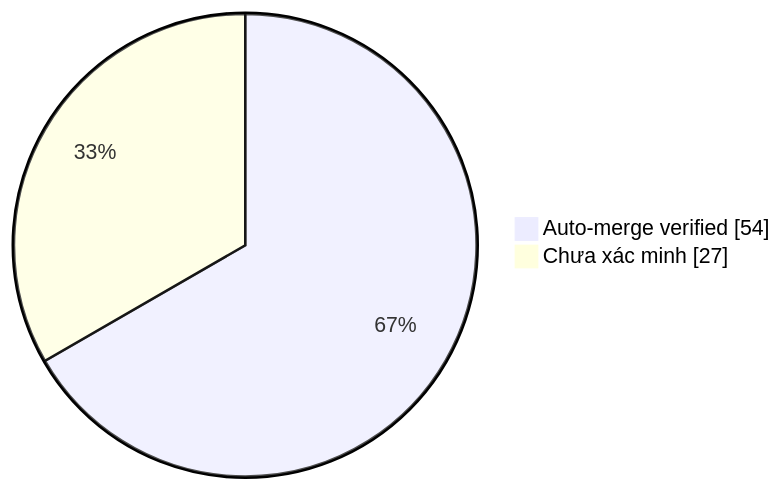
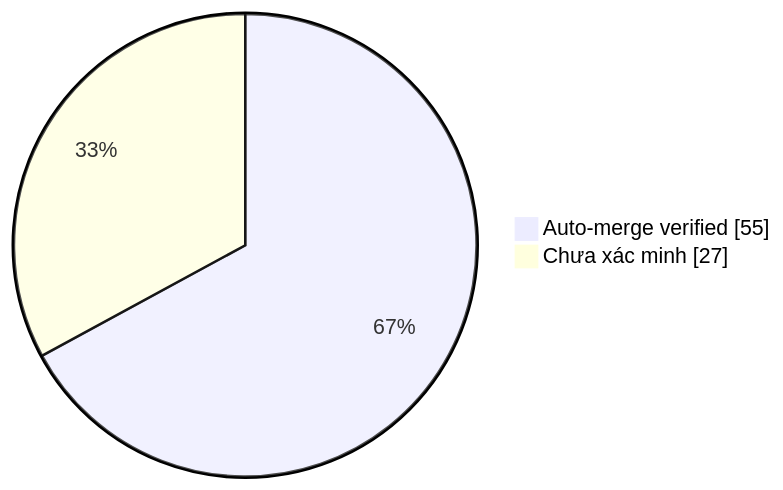
The diagram in collector.md (duykhang68/tetdinhmuiblog), drawn with Mermaid before and after one commit. The commit also changed other lines of this file and 1 other file, not shown here.

Commit message:
docs(collector): update auto-merge evidence dashboard

````diff
--- a/collector.md
+++ b/collector.md
@@ -22,5 +22,5 @@
 ```mermaid
 pie showData
-    "Auto-merge verified" : 54
+    "Auto-merge verified" : 55
     "Chưa xác minh" : 27
 ```
````
